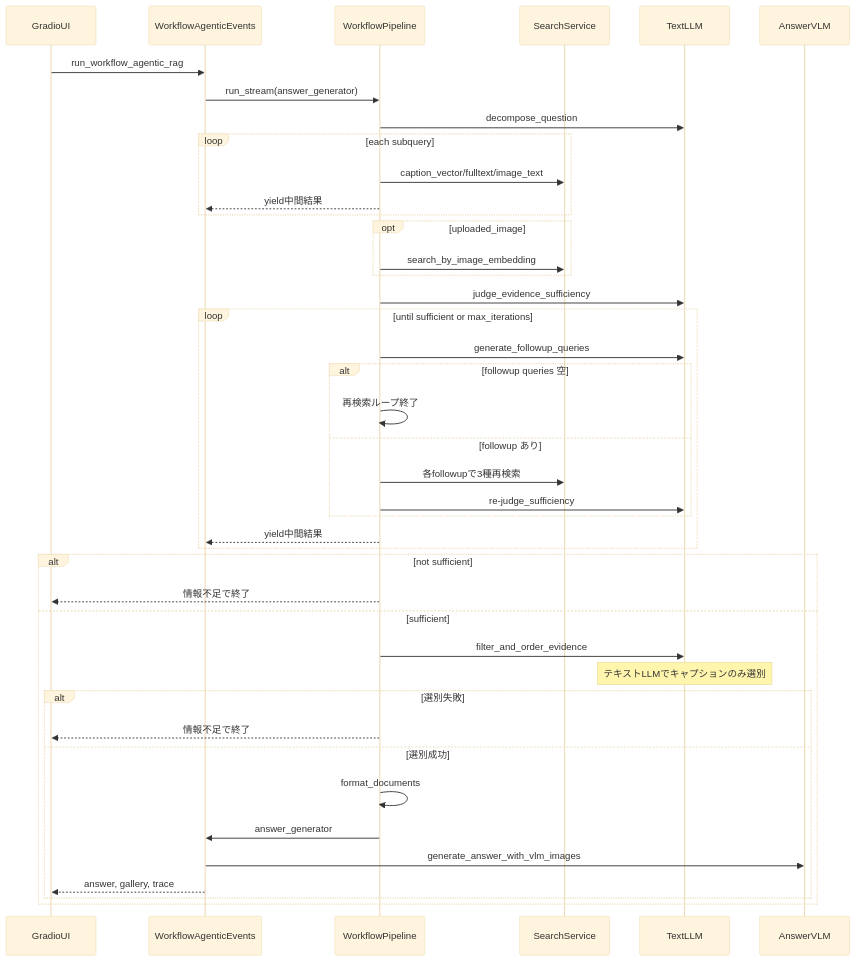
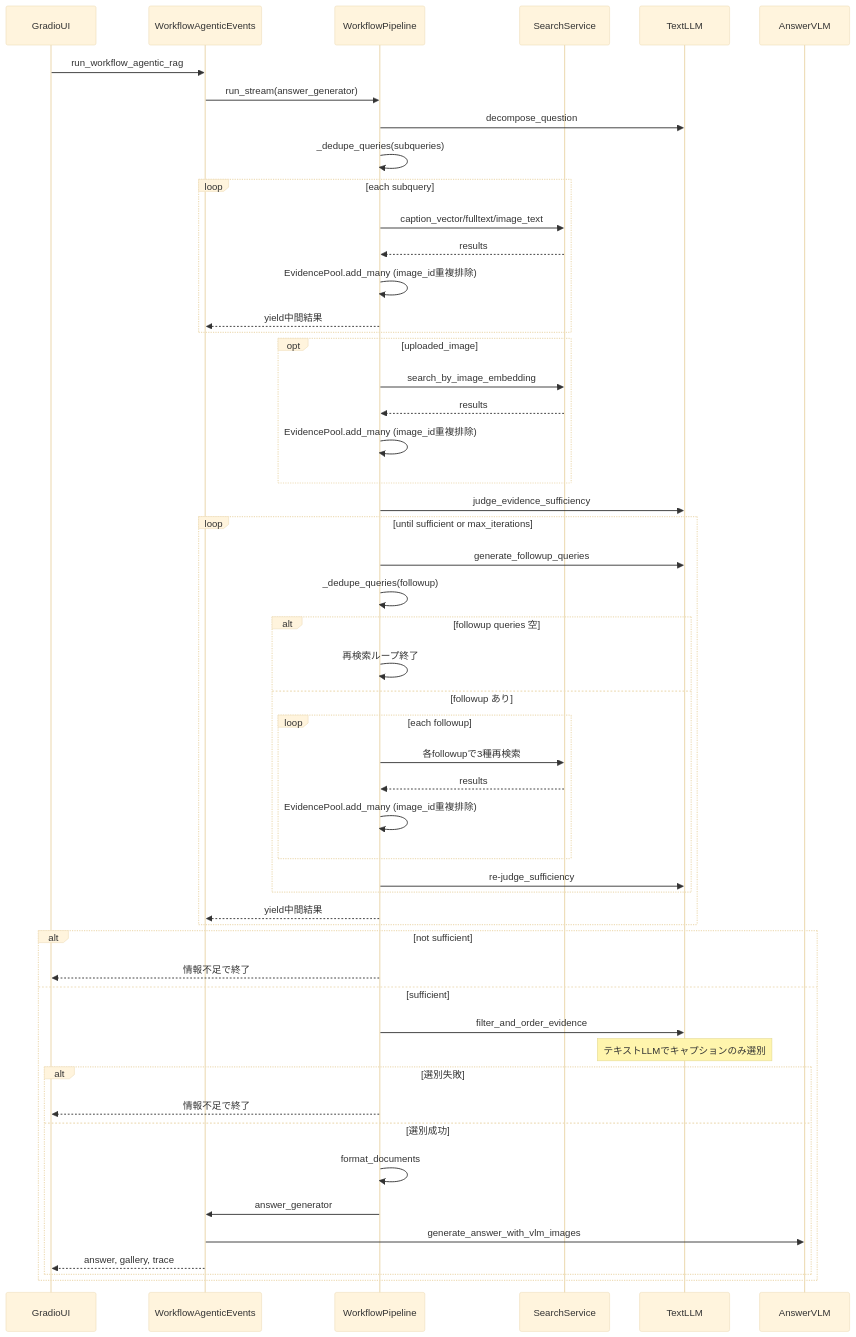
The second of 4 diagrams in README.md (kutsushitaneko/multimodal_retrieval), drawn with Mermaid (base theme) before and after one commit. The commit also changed other lines of this file and 2 other files, not shown here.

````diff
--- a/README.md
+++ b/README.md
@@ -345,45 +350,55 @@
 ```mermaid
 sequenceDiagram
     participant UI as GradioUI
     participant EV as WorkflowAgenticEvents
     participant PL as WorkflowPipeline
     participant SS as SearchService
     participant LLM as TextLLM
     participant VLM as AnswerVLM
 
     UI->>EV: run_workflow_agentic_rag
     EV->>PL: run_stream(answer_generator)
     PL->>LLM: decompose_question
+    PL->>PL: _dedupe_queries(subqueries)
     loop each subquery
         PL->>SS: caption_vector/fulltext/image_text
+        SS-->>PL: results
+        PL->>PL: EvidencePool.add_many (image_id重複排除)
         PL-->>EV: yield中間結果
     end
     opt uploaded_image
         PL->>SS: search_by_image_embedding
+        SS-->>PL: results
+        PL->>PL: EvidencePool.add_many (image_id重複排除)
     end
     PL->>LLM: judge_evidence_sufficiency
     loop until sufficient or max_iterations
         PL->>LLM: generate_followup_queries
+        PL->>PL: _dedupe_queries(followup)
         alt followup queries 空
             PL->>PL: 再検索ループ終了
         else followup あり
-            PL->>SS: 各followupで3種再検索
+            loop each followup
+                PL->>SS: 各followupで3種再検索
+                SS-->>PL: results
+                PL->>PL: EvidencePool.add_many (image_id重複排除)
+            end
             PL->>LLM: re-judge_sufficiency
         end
         PL-->>EV: yield中間結果
     end
     alt not sufficient
         PL-->>UI: 情報不足で終了
     else sufficient
         PL->>LLM: filter_and_order_evidence
         Note over LLM: テキストLLMでキャプションのみ選別
         alt 選別失敗
             PL-->>UI: 情報不足で終了
         else 選別成功
             PL->>PL: format_documents
             PL->>EV: answer_generator
             EV->>VLM: generate_answer_with_vlm_images
             EV-->>UI: answer, gallery, trace
         end
     end
 ```
````
